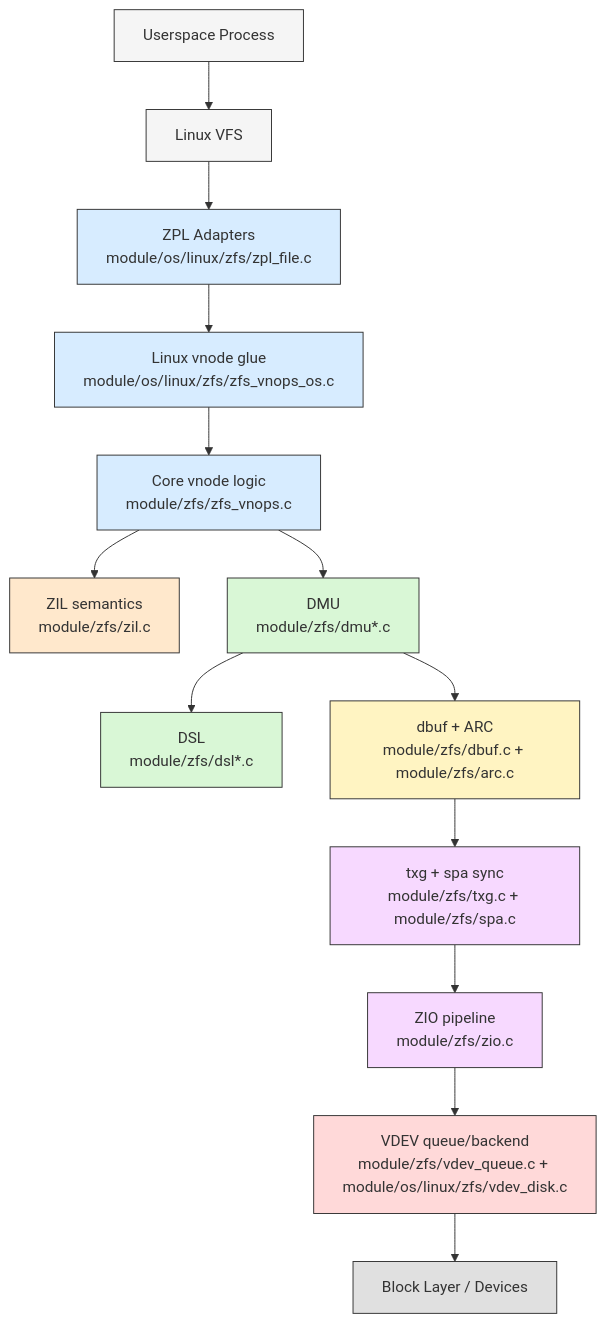
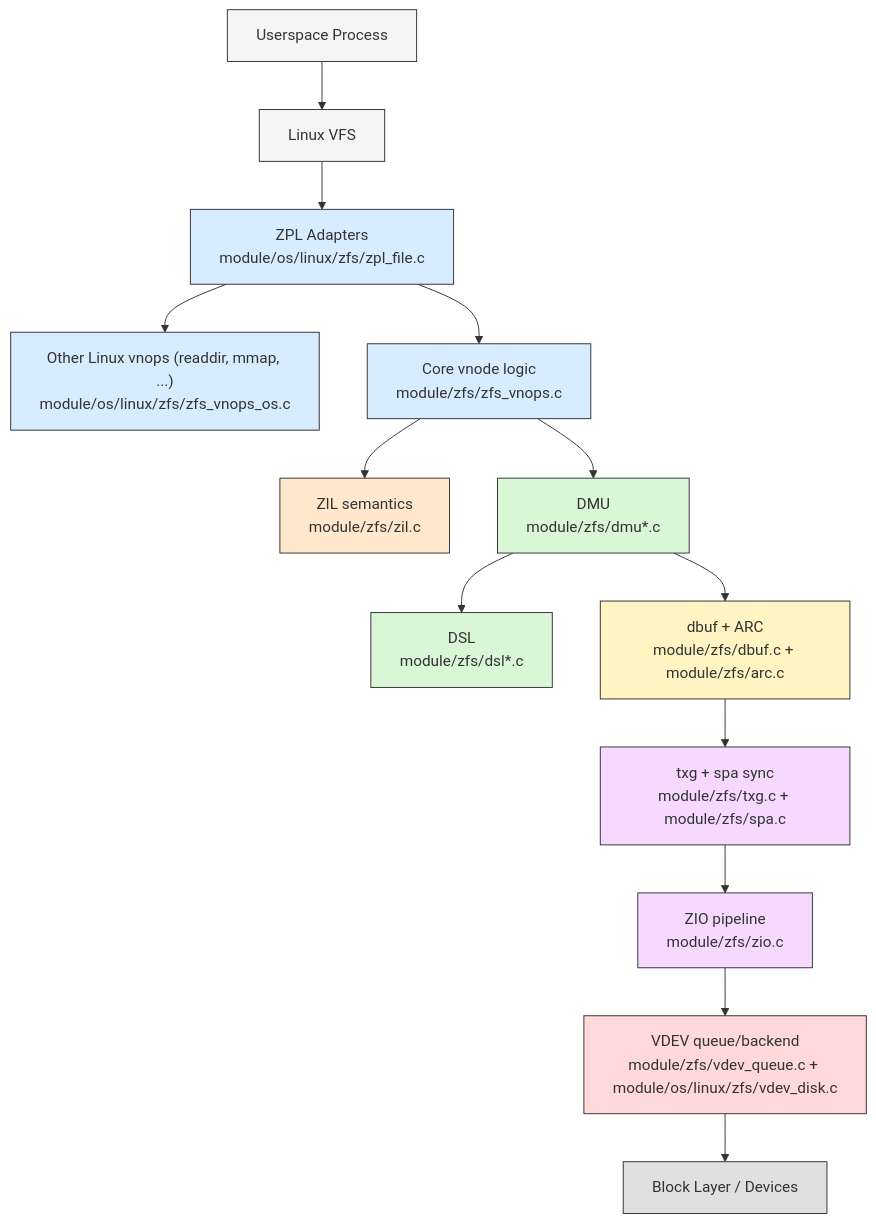
One commit to mminkus/zfs-codebase changed the first of 4 diagrams in docs/01-architecture-overview.md. Above: the diagram before and after it, drawn with Mermaid. The commit also changed other lines of this file and 5 other files, not shown here.

````diff
--- a/docs/01-architecture-overview.md
+++ b/docs/01-architecture-overview.md
@@ -80,37 +77,38 @@
 ```mermaid
 graph TD
     APP["Userspace Process"]
     VFS["Linux VFS"]
     ZPL["ZPL Adapters<br/>module/os/linux/zfs/zpl_file.c"]
-    VNOPOS["Linux vnode glue<br/>module/os/linux/zfs/zfs_vnops_os.c"]
+    VNOPOS["Other Linux vnops (readdir, mmap, ...)<br/>module/os/linux/zfs/zfs_vnops_os.c"]
     VNCORE["Core vnode logic<br/>module/zfs/zfs_vnops.c"]
     ZIL["ZIL semantics<br/>module/zfs/zil.c"]
     DMU["DMU<br/>module/zfs/dmu*.c"]
     DSL["DSL<br/>module/zfs/dsl*.c"]
     ARCDBUF["dbuf + ARC<br/>module/zfs/dbuf.c + module/zfs/arc.c"]
     TXGSPA["txg + spa sync<br/>module/zfs/txg.c + module/zfs/spa.c"]
     ZIO["ZIO pipeline<br/>module/zfs/zio.c"]
     VDEV["VDEV queue/backend<br/>module/zfs/vdev_queue.c + module/os/linux/zfs/vdev_disk.c"]
     DISK["Block Layer / Devices"]
 
-    APP --> VFS --> ZPL --> VNOPOS --> VNCORE
+    APP --> VFS --> ZPL --> VNCORE
+    ZPL --> VNOPOS
     VNCORE --> DMU
     VNCORE --> ZIL
     DMU --> DSL
     DMU --> ARCDBUF
     ARCDBUF --> TXGSPA --> ZIO --> VDEV --> DISK
 
     style APP fill:#f5f5f5,stroke:#333
     style VFS fill:#f5f5f5,stroke:#333
     style ZPL fill:#d7ecff,stroke:#333
     style VNOPOS fill:#d7ecff,stroke:#333
     style VNCORE fill:#d7ecff,stroke:#333
     style ZIL fill:#ffe8cc,stroke:#333
     style DMU fill:#d9f7d6,stroke:#333
     style DSL fill:#d9f7d6,stroke:#333
     style ARCDBUF fill:#fff4c2,stroke:#333
     style TXGSPA fill:#f7d9ff,stroke:#333
     style ZIO fill:#f7d9ff,stroke:#333
     style VDEV fill:#ffd9d9,stroke:#333
     style DISK fill:#e0e0e0,stroke:#333
 ```
````
